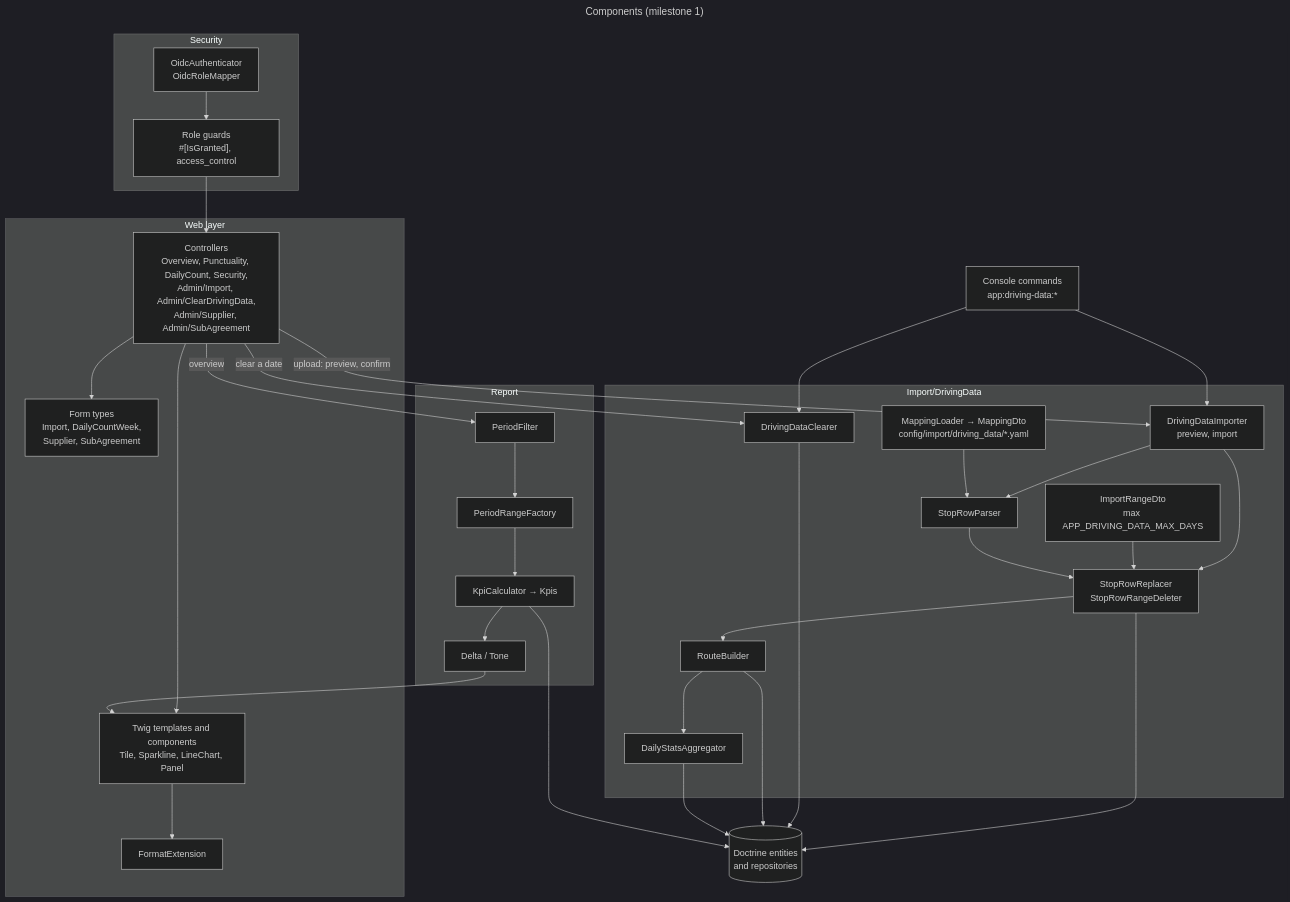
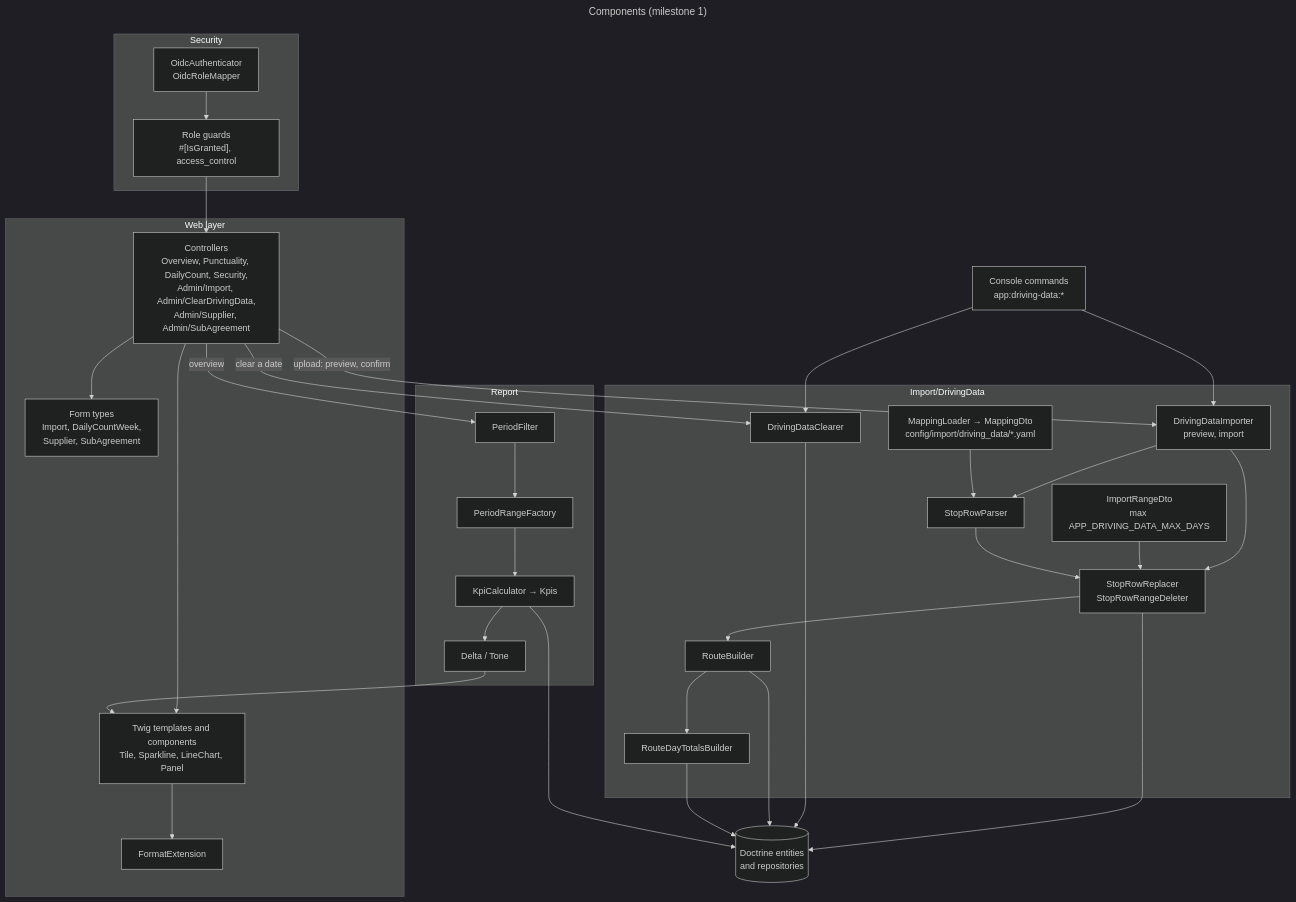
The third of 7 diagrams in docs/architecture.md (itk-dev/koerselsoverblik), drawn with Mermaid (dark theme) before and after one commit. The commit also changed other lines of this file and 4 other files, not shown here.

First line of the commit message:
docs: describe the totals of each route and day

````diff
--- a/docs/architecture.md
+++ b/docs/architecture.md
@@ -140,62 +140,62 @@
 ```mermaid
 ---
 title: Components (milestone 1)
 ---
 flowchart TB
     subgraph web["Web layer"]
         controllers["Controllers<br/>Overview, Punctuality, DailyCount, Security,<br/>Admin/Import, Admin/ClearDrivingData,<br/>Admin/Supplier, Admin/SubAgreement"]
         forms["Form types<br/>Import, DailyCountWeek,<br/>Supplier, SubAgreement"]
         twig["Twig templates and components<br/>Tile, Sparkline, LineChart, Panel"]
         format["FormatExtension"]
     end
 
     subgraph security["Security"]
         authenticators["OidcAuthenticator<br/>OidcRoleMapper"]
         guards["Role guards<br/>#[IsGranted], access_control"]
     end
 
     subgraph import["Import/DrivingData"]
         mapping["MappingLoader → MappingDto<br/>config/import/driving_data/*.yaml"]
         importrange["ImportRangeDto<br/>max APP_DRIVING_DATA_MAX_DAYS"]
         importer["DrivingDataImporter<br/>preview, import"]
         parser["StopRowParser"]
         replacer["StopRowReplacer<br/>StopRowRangeDeleter"]
         builder["RouteBuilder"]
-        aggregator["DailyStatsAggregator"]
+        aggregator["RouteDayTotalsBuilder"]
         clearer["DrivingDataClearer"]
     end
 
     subgraph report["Report"]
         filter["PeriodFilter"]
         periods["PeriodRangeFactory"]
         kpi["KpiCalculator → Kpis"]
         delta["Delta / Tone"]
     end
 
     commands["Console commands<br/>app:driving-data:*"]
     repositories[("Doctrine entities<br/>and repositories")]
 
     controllers --> forms
     controllers --> twig
     twig --> format
     guards --> controllers
     authenticators --> guards
 
     controllers -- "upload: preview, confirm" --> importer
     commands --> importer
     importer --> parser
     importer --> replacer
     mapping --> parser
     importrange --> replacer
     parser --> replacer --> builder --> aggregator
     replacer --> repositories
     controllers -- "clear a date" --> clearer
     commands --> clearer
     clearer --> repositories
     builder --> repositories
     aggregator --> repositories
 
     controllers -- "overview" --> filter --> periods --> kpi
     kpi --> repositories
     kpi --> delta --> twig
 ```
````
